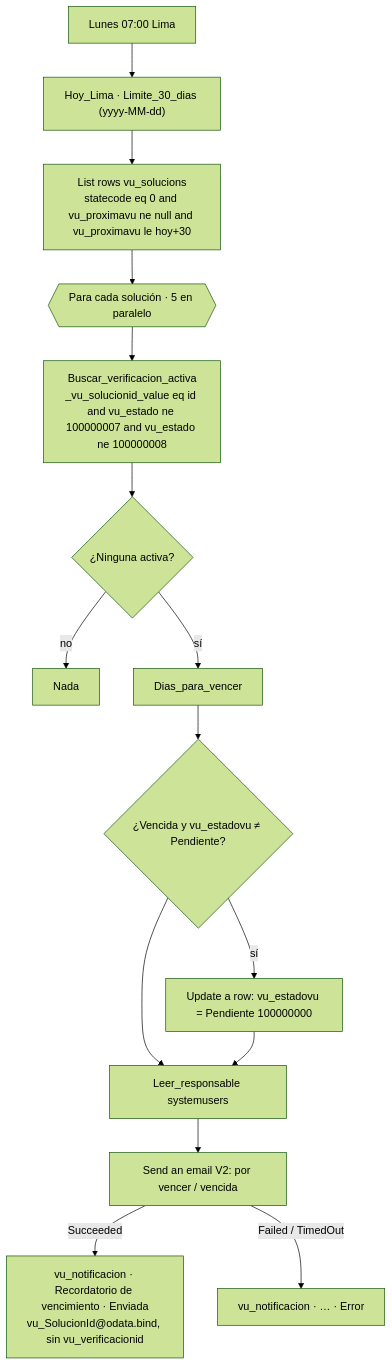
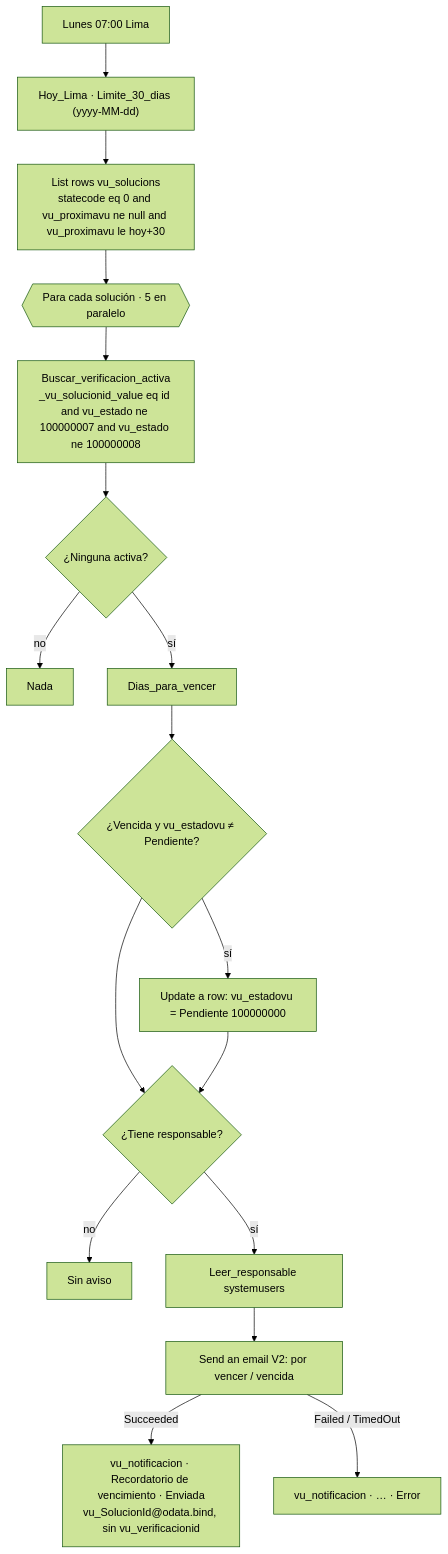
One commit to Biomont-Soluciones-Agiles/verificaciones-uso changed the diagram in infra/power-automate/F4-Vencimiento/README.md. Above: the diagram before and after it, drawn with Mermaid (forest theme). The commit also changed other lines of this file and 11 other files, not shown here.

````diff
--- a/infra/power-automate/F4-Vencimiento/README.md
+++ b/infra/power-automate/F4-Vencimiento/README.md
@@ -15,17 +15,19 @@
 ```mermaid
 flowchart TD
     T[Lunes 07:00 Lima] --> H["Hoy_Lima · Limite_30_dias (yyyy-MM-dd)"]
     H --> L["List rows vu_solucions<br/>statecode eq 0 and vu_proximavu ne null and vu_proximavu le hoy+30"]
     L --> B{{Para cada solución · 5 en paralelo}}
     B --> A["Buscar_verificacion_activa<br/>_vu_solucionid_value eq id and vu_estado ne 100000007 and vu_estado ne 100000008"]
     A --> K{¿Ninguna activa?}
     K -- no --> Fin[Nada]
     K -- sí --> D[Dias_para_vencer]
     D --> V{¿Vencida y vu_estadovu ≠ Pendiente?}
     V -- sí --> P["Update a row: vu_estadovu = Pendiente 100000000"]
-    V --> R[Leer_responsable systemusers]
-    P --> R
+    V --> Q{¿Tiene responsable?}
+    P --> Q
+    Q -- no --> Fin2[Sin aviso]
+    Q -- sí --> R[Leer_responsable systemusers]
     R --> M[Send an email V2: por vencer / vencida]
     M -- Succeeded --> N1["vu_notificacion · Recordatorio de vencimiento · Enviada<br/>vu_SolucionId@odata.bind, sin vu_verificacionid"]
     M -- Failed / TimedOut --> N2["vu_notificacion · … · Error"]
 ```
````
